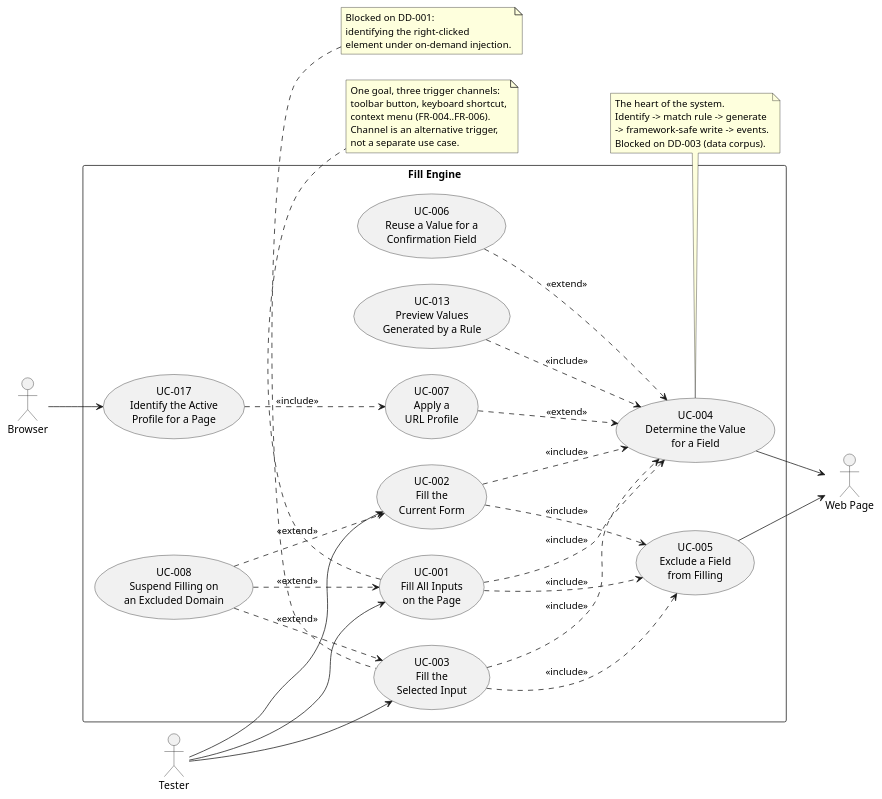
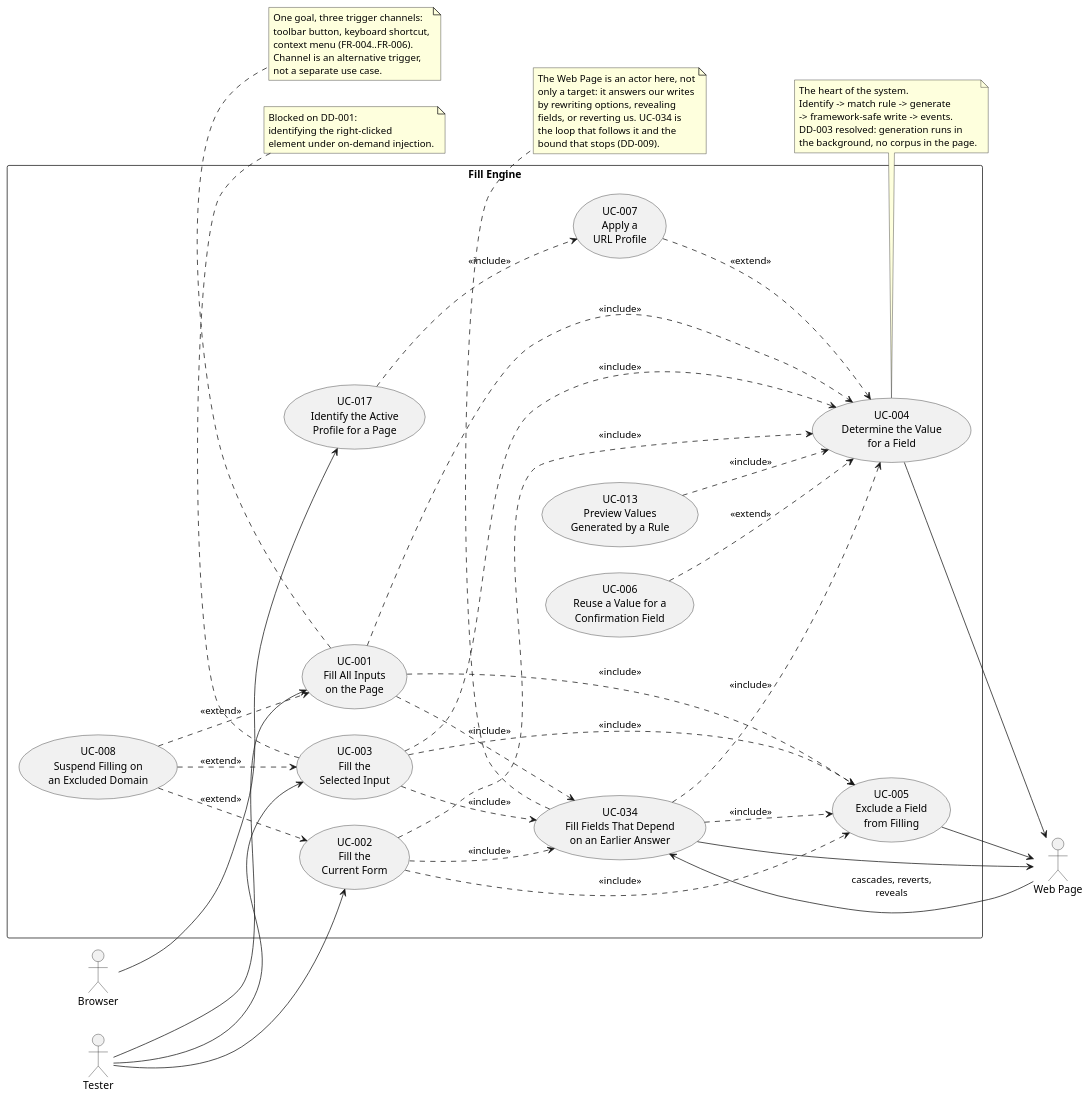
The second of 3 diagrams in docs/use_cases.puml (mh03r932/FieldFiller), drawn with PlantUML before and after one commit. The commit also changed other lines of this file and 4 other files, not shown here.

```diff
--- a/docs/use_cases.puml
+++ b/docs/use_cases.puml
@@ -122,68 +123,87 @@
 @startuml Fill Behaviour Detail
 left to right direction
 skinparam shadowing false
 
 actor "Tester" as tester
 actor "Browser" as browser
 actor "Web Page" as page
 
 rectangle "Fill Engine" {
     usecase "UC-001\nFill All Inputs\non the Page" as UC001
     usecase "UC-002\nFill the\nCurrent Form" as UC002
     usecase "UC-003\nFill the\nSelected Input" as UC003
     usecase "UC-004\nDetermine the Value\nfor a Field" as UC004
     usecase "UC-005\nExclude a Field\nfrom Filling" as UC005
     usecase "UC-006\nReuse a Value for a\nConfirmation Field" as UC006
     usecase "UC-007\nApply a\nURL Profile" as UC007
     usecase "UC-008\nSuspend Filling on\nan Excluded Domain" as UC008
     usecase "UC-013\nPreview Values\nGenerated by a Rule" as UC013
     usecase "UC-017\nIdentify the Active\nProfile for a Page" as UC017
+    usecase "UC-034\nFill Fields That Depend\non an Earlier Answer" as UC034
 }
 
 tester --> UC001
 tester --> UC002
 tester --> UC003
 browser --> UC017
 
 UC001 ..> UC005 : <<include>>
 UC002 ..> UC005 : <<include>>
 UC003 ..> UC005 : <<include>>
 
 UC001 ..> UC004 : <<include>>
 UC002 ..> UC004 : <<include>>
 UC003 ..> UC004 : <<include>>
 UC013 ..> UC004 : <<include>>
 
+UC001 ..> UC034 : <<include>>
+UC002 ..> UC034 : <<include>>
+UC003 ..> UC034 : <<include>>
+UC034 ..> UC004 : <<include>>
+UC034 ..> UC005 : <<include>>
+
 UC006 ..> UC004 : <<extend>>
 UC007 ..> UC004 : <<extend>>
 UC017 ..> UC007 : <<include>>
 
 UC008 ..> UC001 : <<extend>>
 UC008 ..> UC002 : <<extend>>
 UC008 ..> UC003 : <<extend>>
 
 UC004 --> page
 UC005 --> page
+UC034 --> page
+page --> UC034 : cascades, reverts,\nreveals
 
 note bottom of UC001
   One goal, three trigger channels:
   toolbar button, keyboard shortcut,
   context menu (FR-004..FR-006).
   Channel is an alternative trigger,
   not a separate use case.
 end note
 
 note bottom of UC004
   The heart of the system.
   Identify -> match rule -> generate
   -> framework-safe write -> events.
-  Blocked on DD-003 (data corpus).
+  DD-003 resolved: generation runs in
+  the background, no corpus in the page.
+end note
+
+note bottom of UC034
+  The Web Page is an actor here, not
+  only a target: it answers our writes
+  by rewriting options, revealing
+  fields, or reverting us. UC-034 is
+  the loop that follows it and the
+  bound that stops (DD-009).
 end note
 
 note top of UC003
   Blocked on DD-001:
   identifying the right-clicked
   element under on-demand injection.
 end note
 
 @enduml
```
